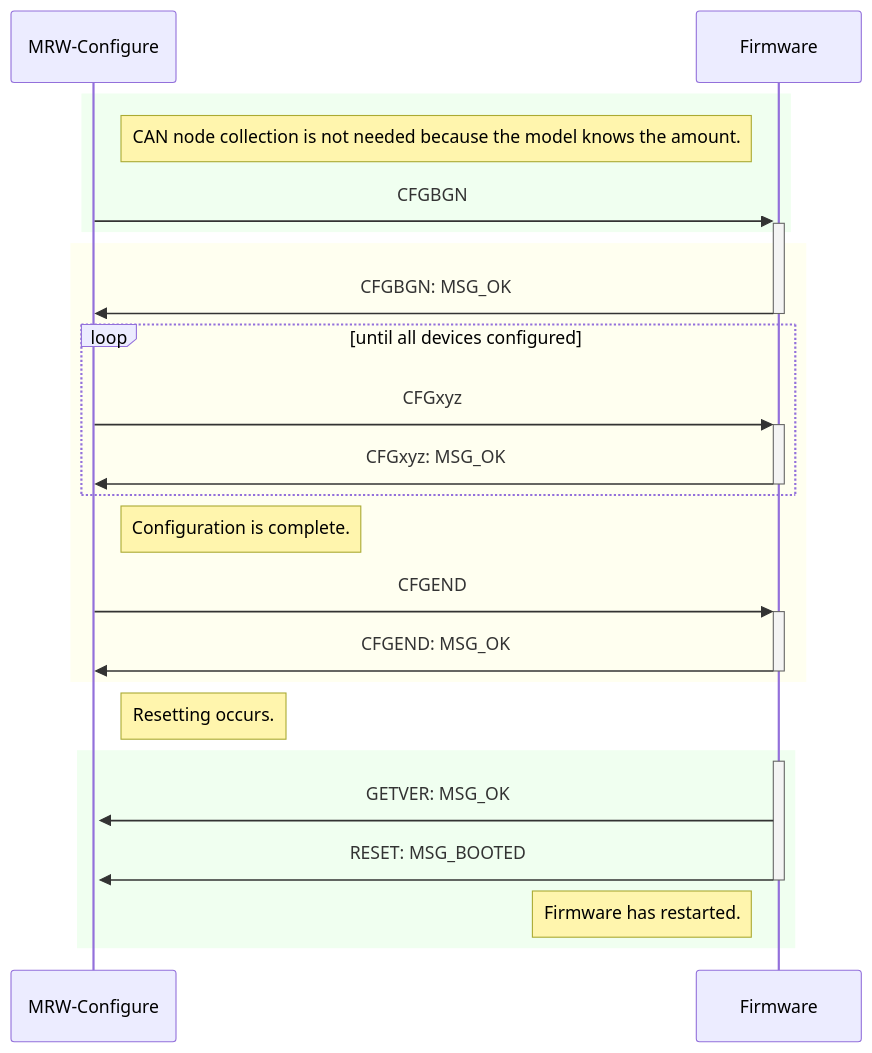
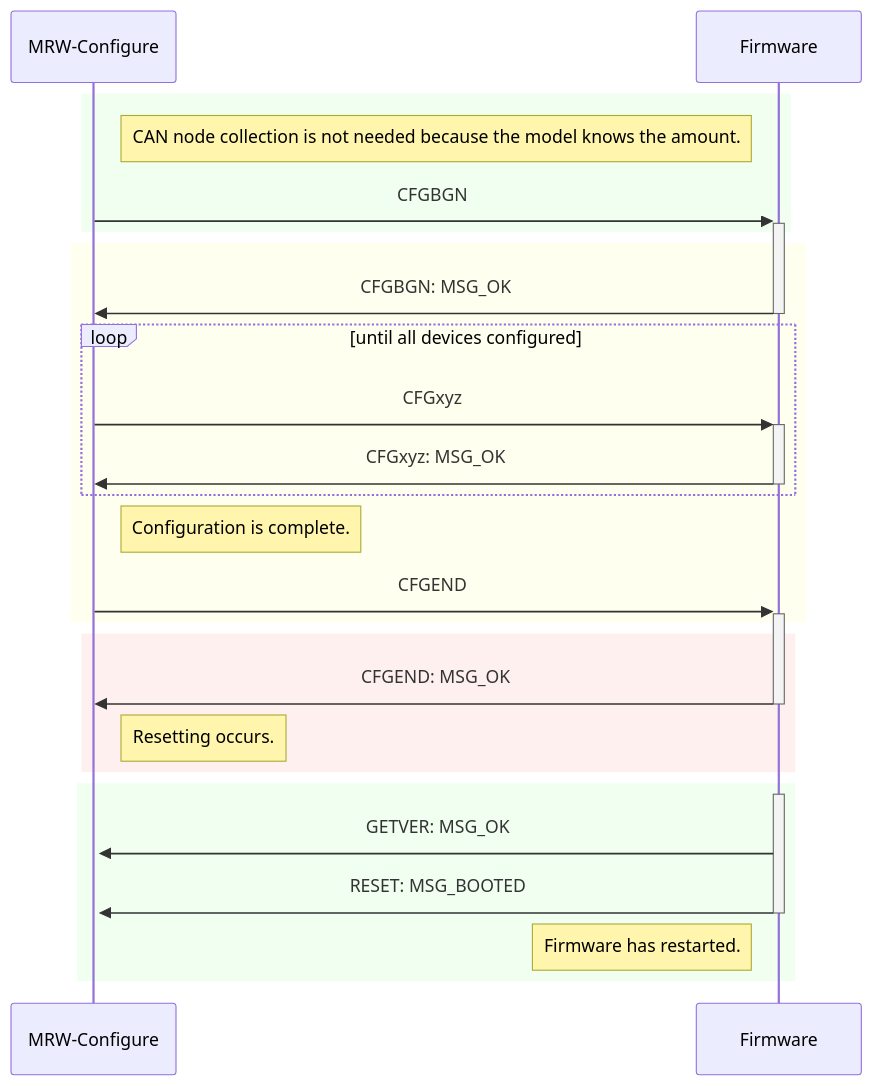
The diagram in tools/config/README.md (stmork/mrw-track-control-ng), drawn with Mermaid before and after one commit. The commit also changed other lines of this file and 1 other file, not shown here.

Commit message:
Added more documentation.

````diff
--- a/tools/config/README.md
+++ b/tools/config/README.md
@@ -14,36 +14,40 @@
 ```mermaid
 sequenceDiagram
 	Participant T as MRW-Configure
 	Participant F as Firmware
 
 	rect rgb(240,255,240)
 		Note right of T: CAN node collection is not needed because the model knows the amount.
 
 		T ->> +F: CFGBGN
 	end
 
 	rect rgb(255,255,240)
 		F ->> -T: CFGBGN: MSG_OK
 
 		loop until all devices configured
 			T ->> +F: CFGxyz
 			F ->> -T: CFGxyz: MSG_OK
 		end
 
 		Note right of T: Configuration is complete.
 		T ->> +F: CFGEND
 
-		F ->> -T: CFGEND: MSG_OK
 	end
 
-	Note right of T: Resetting occurs.
+	rect rgb(255,240,240)
+		F ->> -T: CFGEND: MSG_OK
+
+		Note right of T: Resetting occurs.
+
+	end
 
 	rect rgb(240,255,240)
 		activate F
 
 		F ->> +T: GETVER: MSG_OK
 		F ->> -T: RESET: MSG_BOOTED
 
 		Note left of F: Firmware has restarted.
 end
 ```
````
